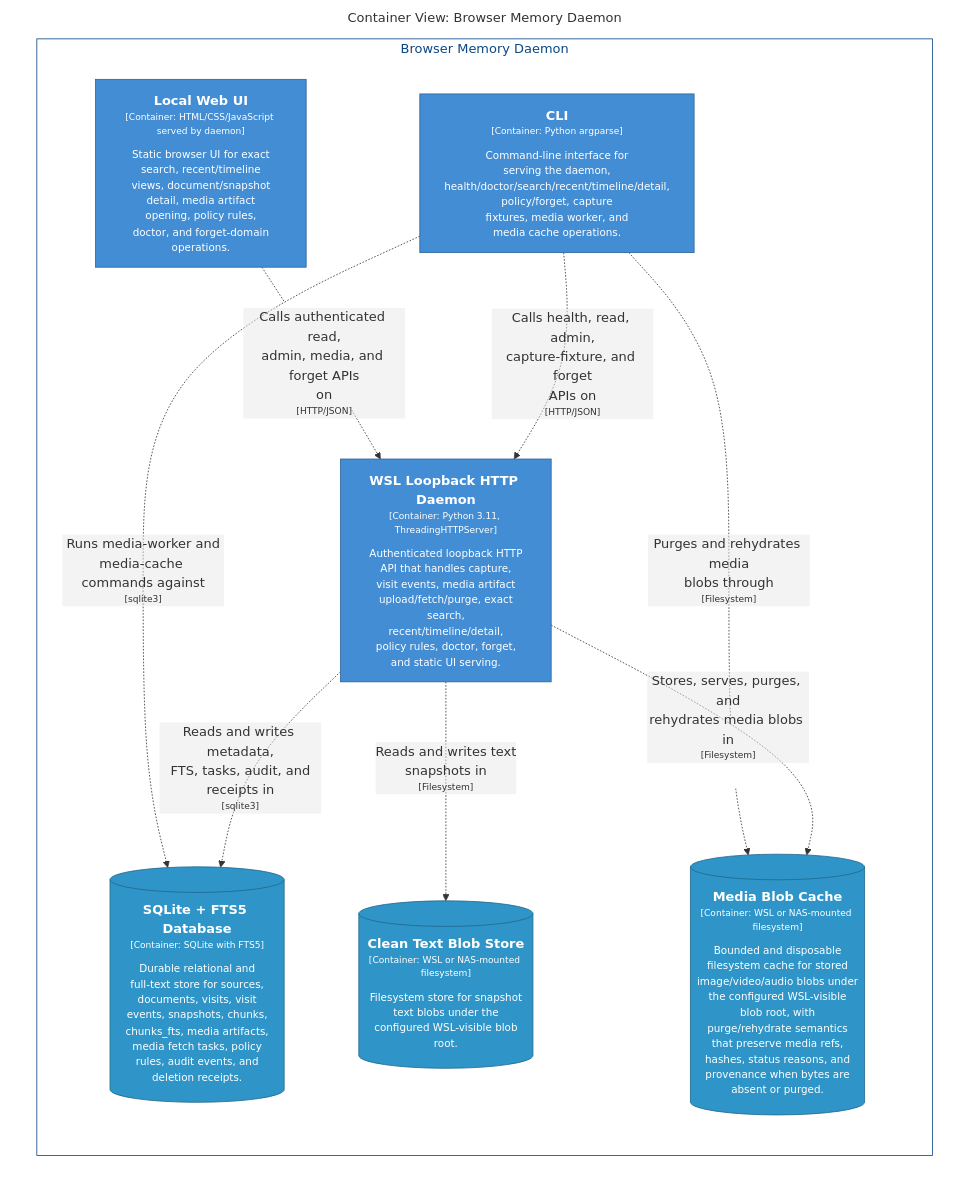
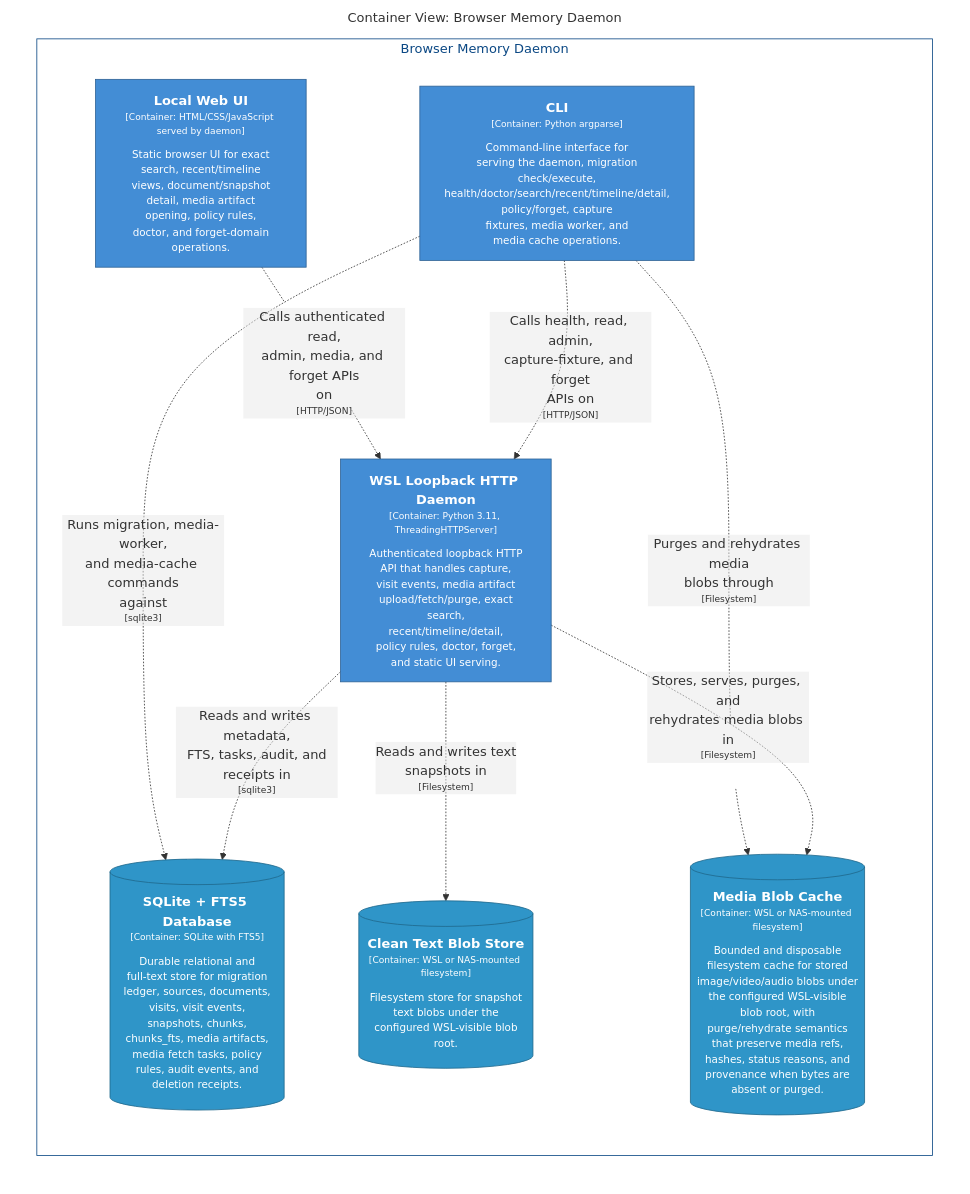
One commit to michaelnicks0/browser-memory-daemon changed the diagram in docs/architecture/diagrams/markdown/OpsContainers.md. Above: the diagram before and after it, drawn with Mermaid. The commit also changed 180 other files, not shown here.

Commit message:
feat(db): add versioned migration ledger and compatibility checks

````diff
--- a/docs/architecture/diagrams/markdown/OpsContainers.md
+++ b/docs/architecture/diagrams/markdown/OpsContainers.md
@@ -16,34 +16,34 @@
 ```mermaid
 graph LR
   linkStyle default fill:#ffffff
 
   subgraph diagram ["Container View: Browser Memory Daemon"]
     style diagram fill:#ffffff,stroke:#ffffff
 
     subgraph 4 ["Browser Memory Daemon"]
       style 4 fill:#ffffff,stroke:#0b4884,color:#0b4884
 
       14["<div style='font-weight: bold'>WSL Loopback HTTP Daemon</div><div style='font-size: 70%; margin-top: 0px'>[Container: Python 3.11, ThreadingHTTPServer]</div><div style='font-size: 80%; margin-top:10px'>Authenticated loopback HTTP<br />API that handles capture,<br />visit events, media artifact<br />upload/fetch/purge, exact<br />search,<br />recent/timeline/detail,<br />policy rules, doctor, forget,<br />and static UI serving.</div>"]
       style 14 fill:#438dd5,stroke:#2e6295,color:#ffffff
-      25["<div style='font-weight: bold'>Local Web UI</div><div style='font-size: 70%; margin-top: 0px'>[Container: HTML/CSS/JavaScript served by daemon]</div><div style='font-size: 80%; margin-top:10px'>Static browser UI for exact<br />search, recent/timeline<br />views, document/snapshot<br />detail, media artifact<br />opening, policy rules,<br />doctor, and forget-domain<br />operations.</div>"]
-      style 25 fill:#438dd5,stroke:#2e6295,color:#ffffff
-      26["<div style='font-weight: bold'>CLI</div><div style='font-size: 70%; margin-top: 0px'>[Container: Python argparse]</div><div style='font-size: 80%; margin-top:10px'>Command-line interface for<br />serving the daemon,<br />health/doctor/search/recent/timeline/detail,<br />policy/forget, capture<br />fixtures, media worker, and<br />media cache operations.</div>"]
+      26["<div style='font-weight: bold'>Local Web UI</div><div style='font-size: 70%; margin-top: 0px'>[Container: HTML/CSS/JavaScript served by daemon]</div><div style='font-size: 80%; margin-top:10px'>Static browser UI for exact<br />search, recent/timeline<br />views, document/snapshot<br />detail, media artifact<br />opening, policy rules,<br />doctor, and forget-domain<br />operations.</div>"]
       style 26 fill:#438dd5,stroke:#2e6295,color:#ffffff
-      27[("<div style='font-weight: bold'>SQLite + FTS5 Database</div><div style='font-size: 70%; margin-top: 0px'>[Container: SQLite with FTS5]</div><div style='font-size: 80%; margin-top:10px'>Durable relational and<br />full-text store for sources,<br />documents, visits, visit<br />events, snapshots, chunks,<br />chunks_fts, media artifacts,<br />media fetch tasks, policy<br />rules, audit events, and<br />deletion receipts.</div>")]
-      style 27 fill:#2f95c8,stroke:#20688c,color:#ffffff
-      28[("<div style='font-weight: bold'>Clean Text Blob Store</div><div style='font-size: 70%; margin-top: 0px'>[Container: WSL or NAS-mounted filesystem]</div><div style='font-size: 80%; margin-top:10px'>Filesystem store for snapshot<br />text blobs under the<br />configured WSL-visible blob<br />root.</div>")]
+      27["<div style='font-weight: bold'>CLI</div><div style='font-size: 70%; margin-top: 0px'>[Container: Python argparse]</div><div style='font-size: 80%; margin-top:10px'>Command-line interface for<br />serving the daemon, migration<br />check/execute,<br />health/doctor/search/recent/timeline/detail,<br />policy/forget, capture<br />fixtures, media worker, and<br />media cache operations.</div>"]
+      style 27 fill:#438dd5,stroke:#2e6295,color:#ffffff
+      28[("<div style='font-weight: bold'>SQLite + FTS5 Database</div><div style='font-size: 70%; margin-top: 0px'>[Container: SQLite with FTS5]</div><div style='font-size: 80%; margin-top:10px'>Durable relational and<br />full-text store for migration<br />ledger, sources, documents,<br />visits, visit events,<br />snapshots, chunks,<br />chunks_fts, media artifacts,<br />media fetch tasks, policy<br />rules, audit events, and<br />deletion receipts.</div>")]
       style 28 fill:#2f95c8,stroke:#20688c,color:#ffffff
-      29[("<div style='font-weight: bold'>Media Blob Cache</div><div style='font-size: 70%; margin-top: 0px'>[Container: WSL or NAS-mounted filesystem]</div><div style='font-size: 80%; margin-top:10px'>Bounded and disposable<br />filesystem cache for stored<br />image/video/audio blobs under<br />the configured WSL-visible<br />blob root, with<br />purge/rehydrate semantics<br />that preserve media refs,<br />hashes, status reasons, and<br />provenance when bytes are<br />absent or purged.</div>")]
+      29[("<div style='font-weight: bold'>Clean Text Blob Store</div><div style='font-size: 70%; margin-top: 0px'>[Container: WSL or NAS-mounted filesystem]</div><div style='font-size: 80%; margin-top:10px'>Filesystem store for snapshot<br />text blobs under the<br />configured WSL-visible blob<br />root.</div>")]
       style 29 fill:#2f95c8,stroke:#20688c,color:#ffffff
+      30[("<div style='font-weight: bold'>Media Blob Cache</div><div style='font-size: 70%; margin-top: 0px'>[Container: WSL or NAS-mounted filesystem]</div><div style='font-size: 80%; margin-top:10px'>Bounded and disposable<br />filesystem cache for stored<br />image/video/audio blobs under<br />the configured WSL-visible<br />blob root, with<br />purge/rehydrate semantics<br />that preserve media refs,<br />hashes, status reasons, and<br />provenance when bytes are<br />absent or purged.</div>")]
+      style 30 fill:#2f95c8,stroke:#20688c,color:#ffffff
     end
 
-    25-. "<div>Calls authenticated read,<br />admin, media, and forget APIs<br />on</div><div style='font-size: 70%'>[HTTP/JSON]</div>" .->14
-    26-. "<div>Calls health, read, admin,<br />capture-fixture, and forget<br />APIs on</div><div style='font-size: 70%'>[HTTP/JSON]</div>" .->14
-    26-. "<div>Runs media-worker and<br />media-cache commands against</div><div style='font-size: 70%'>[sqlite3]</div>" .->27
-    26-. "<div>Purges and rehydrates media<br />blobs through</div><div style='font-size: 70%'>[Filesystem]</div>" .->29
-    14-. "<div>Reads and writes metadata,<br />FTS, tasks, audit, and<br />receipts in</div><div style='font-size: 70%'>[sqlite3]</div>" .->27
-    14-. "<div>Reads and writes text<br />snapshots in</div><div style='font-size: 70%'>[Filesystem]</div>" .->28
-    14-. "<div>Stores, serves, purges, and<br />rehydrates media blobs in</div><div style='font-size: 70%'>[Filesystem]</div>" .->29
+    26-. "<div>Calls authenticated read,<br />admin, media, and forget APIs<br />on</div><div style='font-size: 70%'>[HTTP/JSON]</div>" .->14
+    27-. "<div>Calls health, read, admin,<br />capture-fixture, and forget<br />APIs on</div><div style='font-size: 70%'>[HTTP/JSON]</div>" .->14
+    27-. "<div>Runs migration, media-worker,<br />and media-cache commands<br />against</div><div style='font-size: 70%'>[sqlite3]</div>" .->28
+    27-. "<div>Purges and rehydrates media<br />blobs through</div><div style='font-size: 70%'>[Filesystem]</div>" .->30
+    14-. "<div>Reads and writes metadata,<br />FTS, tasks, audit, and<br />receipts in</div><div style='font-size: 70%'>[sqlite3]</div>" .->28
+    14-. "<div>Reads and writes text<br />snapshots in</div><div style='font-size: 70%'>[Filesystem]</div>" .->29
+    14-. "<div>Stores, serves, purges, and<br />rehydrates media blobs in</div><div style='font-size: 70%'>[Filesystem]</div>" .->30
 
   end
 ```
````
